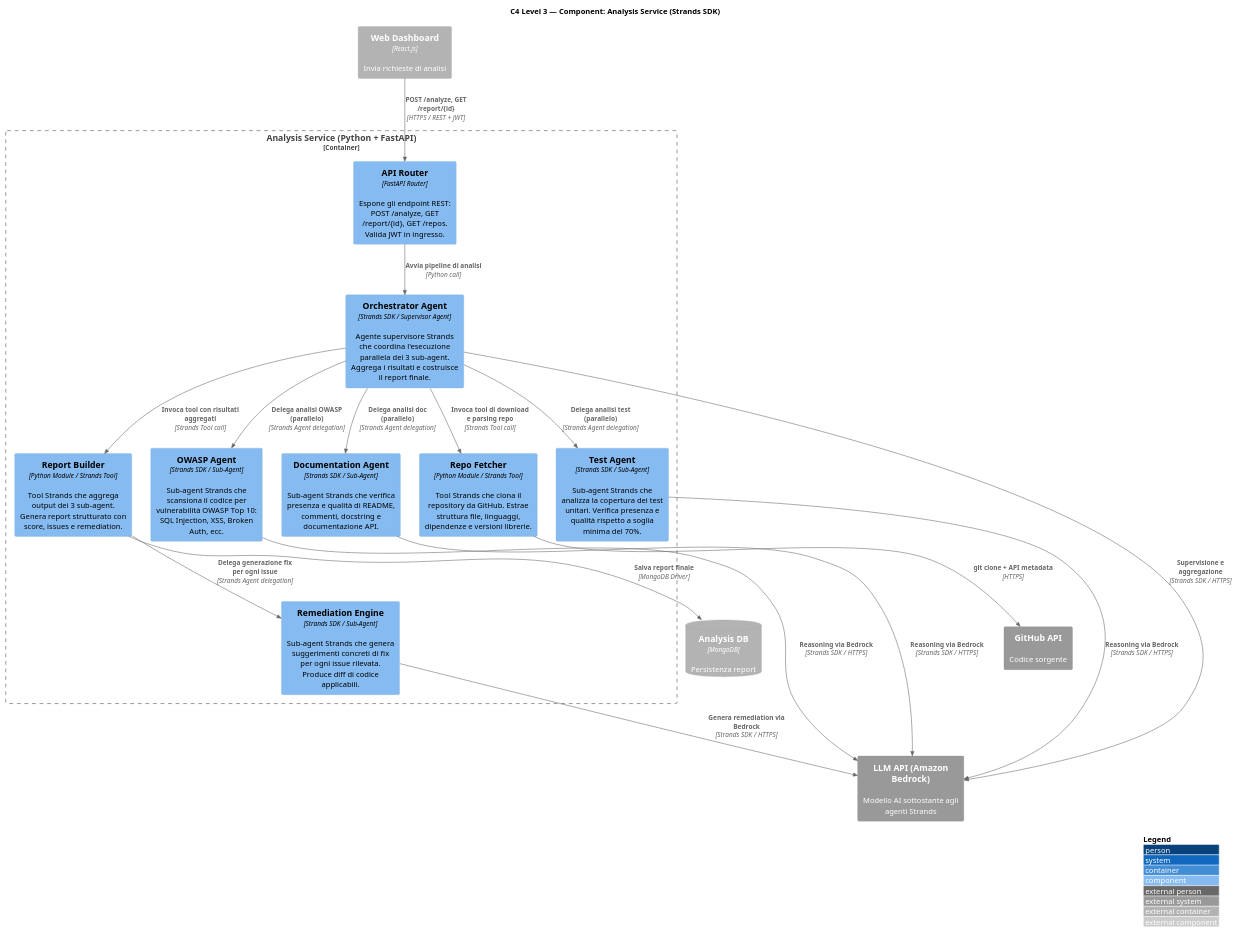
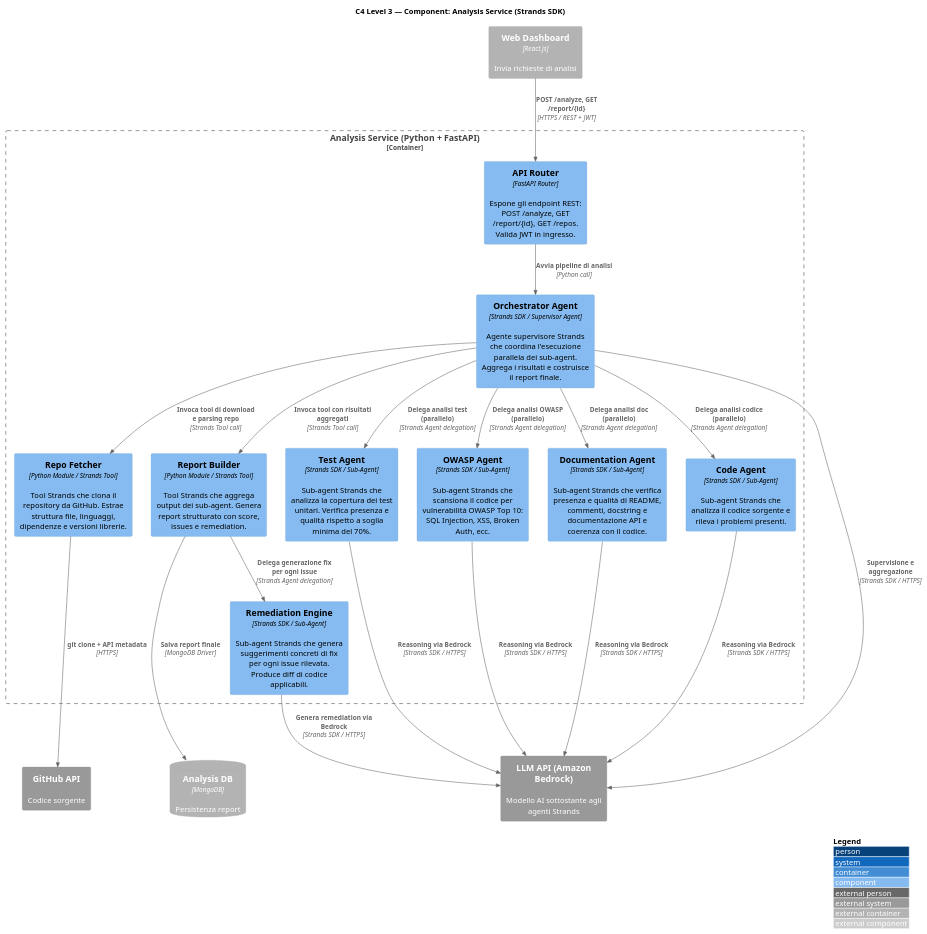
Before and after one commit to SkarabGroup/DocumentazioneProgetto: the diagram in assets/st_diagrams/components/plantuml/bozza_analysis.plantuml, drawn with PlantUML. The commit also changed 2 other files, not shown here.

```diff
--- a/assets/st_diagrams/components/plantuml/bozza_analysis.plantuml
+++ b/assets/st_diagrams/components/plantuml/bozza_analysis.plantuml
@@ -1,51 +1,63 @@
 @startuml C4_Level3_Component_AnalysisService
 !include https://raw.githubusercontent.com/plantuml-stdlib/C4-PlantUML/master/C4_Component.puml
 
+LAYOUT_TOP_DOWN()
 LAYOUT_WITH_LEGEND()
 
 title C4 Level 3 — Component: Analysis Service (Strands SDK)
-
-Container_Ext(frontend, "Web Dashboard", "React.js", "Invia richieste di analisi")
-ContainerDb_Ext(analysisDb, "Analysis DB", "MongoDB", "Persistenza report")
-System_Ext(github, "GitHub API", "Codice sorgente")
-System_Ext(llmApi, "LLM API (Amazon Bedrock)", "Modello AI sottostante agli agenti Strands")
 
 Container_Boundary(analysisService, "Analysis Service (Python + FastAPI)") {
 
     Component(apiRouter, "API Router", "FastAPI Router", "Espone gli endpoint REST: POST /analyze, GET /report/{id}, GET /repos. Valida JWT in ingresso.")
 
-    Component(orchestrator, "Orchestrator Agent", "Strands SDK / Supervisor Agent", "Agente supervisore Strands che coordina l'esecuzione parallela dei 3 sub-agent. Aggrega i risultati e costruisce il report finale.")
+    Component(orchestrator, "Orchestrator Agent", "Strands SDK / Supervisor Agent", "Agente supervisore Strands che coordina l'esecuzione parallela dei sub-agent. Aggrega i risultati e costruisce il report finale.")
 
     Component(repoFetcher, "Repo Fetcher", "Python Module / Strands Tool", "Tool Strands che clona il repository da GitHub. Estrae struttura file, linguaggi, dipendenze e versioni librerie.")
 
     Component(testAgent, "Test Agent", "Strands SDK / Sub-Agent", "Sub-agent Strands che analizza la copertura dei test unitari. Verifica presenza e qualità rispetto a soglia minima del 70%.")
 
     Component(owaspAgent, "OWASP Agent", "Strands SDK / Sub-Agent", "Sub-agent Strands che scansiona il codice per vulnerabilità OWASP Top 10: SQL Injection, XSS, Broken Auth, ecc.")
 
-    Component(docAgent, "Documentation Agent", "Strands SDK / Sub-Agent", "Sub-agent Strands che verifica presenza e qualità di README, commenti, docstring e documentazione API.")
+    Component(docAgent, "Documentation Agent", "Strands SDK / Sub-Agent", "Sub-agent Strands che verifica presenza e qualità di README, commenti, docstring e documentazione API e coerenza con il codice.")
 
-    Component(reportBuilder, "Report Builder", "Python Module / Strands Tool", "Tool Strands che aggrega output dei 3 sub-agent. Genera report strutturato con score, issues e remediation.")
+    Component(codeAgent, "Code Agent", "Strands SDK / Sub-Agent", "Sub-agent Strands che analizza il codice sorgente e rileva i problemi presenti.")
+
+    Component(reportBuilder, "Report Builder", "Python Module / Strands Tool", "Tool Strands che aggrega output dei sub-agent. Genera report strutturato con score, issues e remediation.")
 
     Component(remediationEngine, "Remediation Engine", "Strands SDK / Sub-Agent", "Sub-agent Strands che genera suggerimenti concreti di fix per ogni issue rilevata. Produce diff di codice applicabili.")
 }
+
+Container_Ext(frontend, "Web Dashboard", "React.js", "Invia richieste di analisi")
+ContainerDb_Ext(analysisDb, "Analysis DB", "MongoDB", "Persistenza report")
+System_Ext(github, "GitHub API", "Codice sorgente")
+System_Ext(llmApi, "LLM API (Amazon Bedrock)", "Modello AI sottostante agli agenti Strands")
+
+' Layout: frontend sopra, esterni sotto
+Lay_U(apiRouter, frontend)
+Lay_D(remediationEngine, analysisDb)
+Lay_D(remediationEngine, github)
+Lay_D(remediationEngine, llmApi)
+Lay_D(orchestrator, llmApi)
 
 Rel(frontend, apiRouter, "POST /analyze, GET /report/{id}", "HTTPS / REST + JWT")
 Rel(apiRouter, orchestrator, "Avvia pipeline di analisi", "Python call")
 Rel(orchestrator, repoFetcher, "Invoca tool di download e parsing repo", "Strands Tool call")
 Rel(repoFetcher, github, "git clone + API metadata", "HTTPS")
 
 Rel(orchestrator, testAgent, "Delega analisi test (parallelo)", "Strands Agent delegation")
 Rel(orchestrator, owaspAgent, "Delega analisi OWASP (parallelo)", "Strands Agent delegation")
 Rel(orchestrator, docAgent, "Delega analisi doc (parallelo)", "Strands Agent delegation")
+Rel(orchestrator, codeAgent, "Delega analisi codice (parallelo)", "Strands Agent delegation")
 
 Rel(testAgent, llmApi, "Reasoning via Bedrock", "Strands SDK / HTTPS")
 Rel(owaspAgent, llmApi, "Reasoning via Bedrock", "Strands SDK / HTTPS")
 Rel(docAgent, llmApi, "Reasoning via Bedrock", "Strands SDK / HTTPS")
+Rel(codeAgent, llmApi, "Reasoning via Bedrock", "Strands SDK / HTTPS")
 Rel(orchestrator, llmApi, "Supervisione e aggregazione", "Strands SDK / HTTPS")
 
 Rel(orchestrator, reportBuilder, "Invoca tool con risultati aggregati", "Strands Tool call")
 Rel(reportBuilder, remediationEngine, "Delega generazione fix per ogni issue", "Strands Agent delegation")
 Rel(remediationEngine, llmApi, "Genera remediation via Bedrock", "Strands SDK / HTTPS")
 Rel(reportBuilder, analysisDb, "Salva report finale", "MongoDB Driver")
 
 @enduml
```
